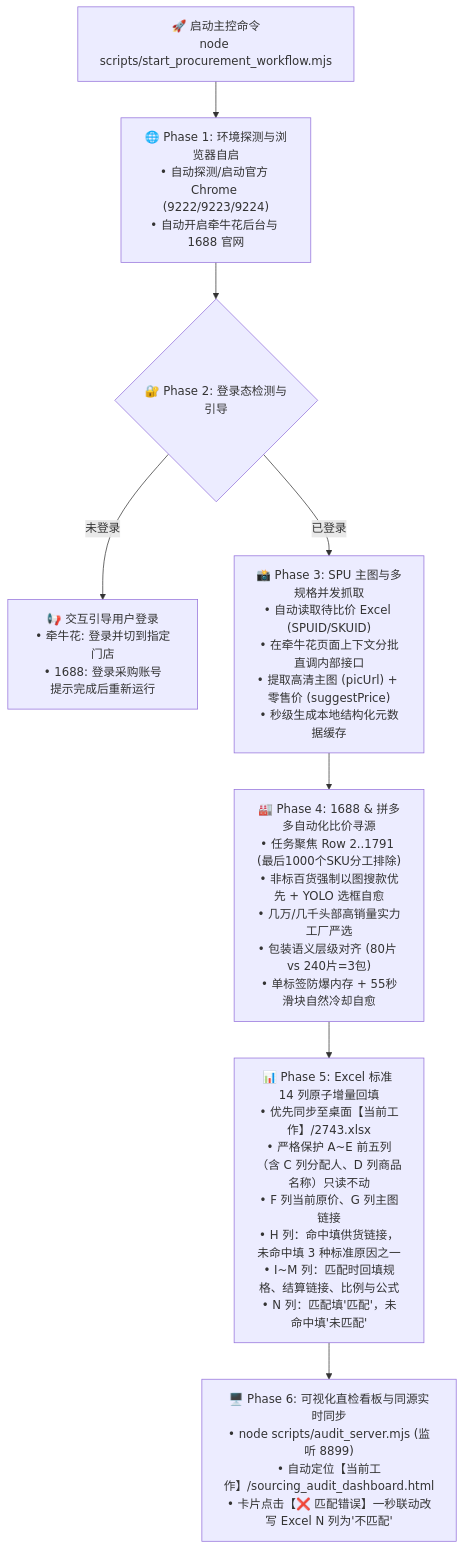
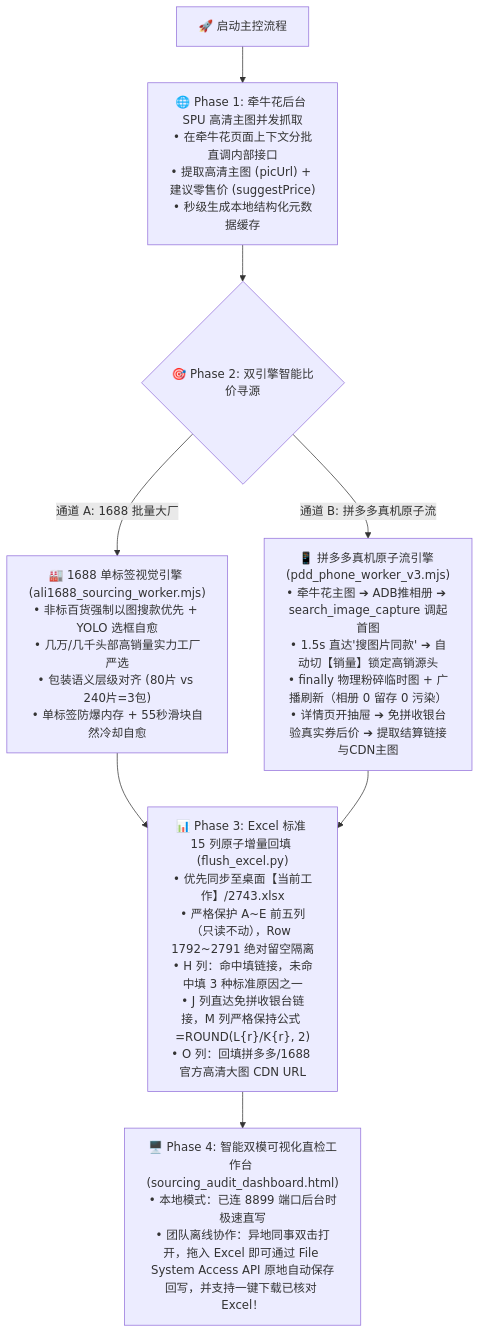
The diagram in SKILL.md (cycjianai/pddauto), drawn with Mermaid before and after one commit. The commit also changed other lines of this file and 3 other files, not shown here.

Commit message:
docs & feat: update pddauto v2.5.0 with phone atomic image search, 15-col excel, and offline dual-mode dashboard

````diff
--- a/SKILL.md
+++ b/SKILL.md
@@ -14,14 +14,15 @@
 ```mermaid
 flowchart TD
-    Start["🚀 启动主控命令<br>node scripts/start_procurement_workflow.mjs"] --> Phase1["🌐 Phase 1: 环境探测与浏览器自启<br>• 自动探测/启动官方 Chrome (9222/9223/9224)<br>• 自动开启牵牛花后台与 1688 官网"]
+    Start["🚀 启动主控流程"] --> Phase1["🌐 Phase 1: 牵牛花后台 SPU 高清主图并发抓取<br>• 在牵牛花页面上下文分批直调内部接口<br>• 提取高清主图 (picUrl) + 建议零售价 (suggestPrice)<br>• 秒级生成本地结构化元数据缓存"]
 
-    Phase1 --> Phase2{"🔐 Phase 2: 登录态检测与引导"}
-    Phase2 -->|"未登录"| PromptUser["📢 交互引导用户登录<br>• 牵牛花: 登录并切到指定门店<br>• 1688: 登录采购账号<br>提示完成后重新运行"]
-    Phase2 -->|"已登录"| Phase3["📸 Phase 3: SPU 主图与多规格并发抓取<br>• 自动读取待比价 Excel (SPUID/SKUID)<br>• 在牵牛花页面上下文分批直调内部接口<br>• 提取高清主图 (picUrl) + 零售价 (suggestPrice)<br>• 秒级生成本地结构化元数据缓存"]
+    Phase1 --> Phase2{"🎯 Phase 2: 双引擎智能比价寻源"}
+    
+    Phase2 -->|"通道 A: 1688 批量大厂"| EngineA["🏭 1688 单标签视觉引擎 (ali1688_sourcing_worker.mjs)<br>• 非标百货强制以图搜款优先 + YOLO 选框自愈<br>• 几万/几千头部高销量实力工厂严选<br>• 包装语义层级对齐 (80片 vs 240片=3包)<br>• 单标签防爆内存 + 55秒滑块自然冷却自愈"]
+    
+    Phase2 -->|"通道 B: 拼多多真机原子流"| EngineB["📱 拼多多真机原子流引擎 (pdd_phone_worker_v3.mjs)<br>• 牵牛花主图 ➔ ADB推相册 ➔ search_image_capture 调起首图<br>• 1.5s 直达'搜图片同款' ➔ 自动切【销量】锁定高销源头<br>• finally 物理粉碎临时图 + 广播刷新（相册 0 留存 0 污染）<br>• 详情页开抽屉 ➔ 免拼收银台验真实券后价 ➔ 提取结算链接与CDN主图"]
 
-    Phase3 --> Phase4["🏭 Phase 4: 1688 & 拼多多自动化比价寻源<br>• 任务聚焦 Row 2..1791 (最后1000个SKU分工排除)<br>• 非标百货强制以图搜款优先 + YOLO 选框自愈<br>• 几万/几千头部高销量实力工厂严选<br>• 包装语义层级对齐 (80片 vs 240片=3包)<br>• 单标签防爆内存 + 55秒滑块自然冷却自愈"]
+    EngineA --> Phase3["📊 Phase 3: Excel 标准 15 列原子增量回填 (flush_excel.py)<br>• 优先同步至桌面【当前工作】/2743.xlsx<br>• 严格保护 A~E 前五列（只读不动），Row 1792~2791 绝对留空隔离<br>• H 列：命中填链接，未命中填 3 种标准原因之一<br>• J 列直达免拼收银台链接，M 列严格保持公式 =ROUND(L{r}/K{r}, 2)<br>• O 列：回填拼多多/1688 官方高清大图 CDN URL"]
+    EngineB --> Phase3
 
-    Phase4 --> Phase5["📊 Phase 5: Excel 标准 14 列原子增量回填<br>• 优先同步至桌面【当前工作】/2743.xlsx<br>• 严格保护 A~E 前五列（含 C 列分配人、D 列商品名称）只读不动<br>• F 列当前原价、G 列主图链接<br>• H 列：命中填供货链接，未命中填 3 种标准原因之一<br>• I~M 列：匹配时回填规格、结算链接、比例与公式<br>• N 列：匹配填'匹配'，未命中填'未匹配'"]
-
-    Phase5 --> Phase6["🖥️ Phase 6: 可视化直检看板与同源实时同步<br>• node scripts/audit_server.mjs (监听 8899)<br>• 自动定位【当前工作】/sourcing_audit_dashboard.html<br>• 卡片点击【❌ 匹配错误】一秒联动改写 Excel N 列为'不匹配'"]
+    Phase3 --> Phase4["🖥️ Phase 4: 智能双模可视化直检工作台 (sourcing_audit_dashboard.html)<br>• 本地模式：已连 8899 端口后台时极速直写<br>• 团队离线协作：异地同事双击打开，拖入 Excel 即可通过 File System Access API 原地自动保存回写，并支持一键下载已核对 Excel！"]
 ```
````
